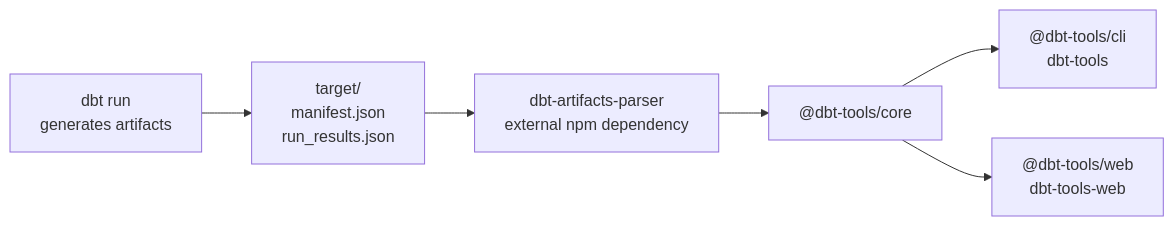
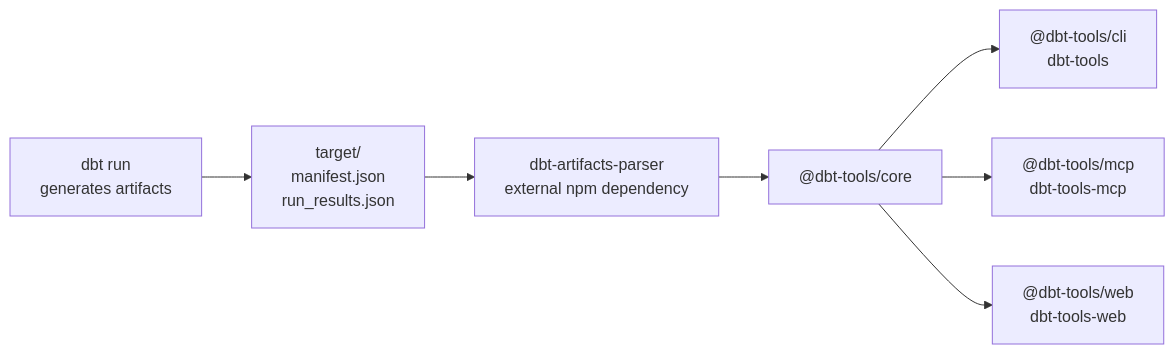
One commit to yu-iskw/dbt-tools-ts changed the diagram in README.md. Above: the diagram before and after it, drawn with Mermaid. The commit also changed other lines of this file and 28 other files, not shown here.

````diff
--- a/README.md
+++ b/README.md
@@ -15,8 +16,9 @@
 ```mermaid
 graph LR
   dbt["dbt run\ngenerates artifacts"] --> artifacts["target/\nmanifest.json\nrun_results.json"]
   artifacts --> parser["dbt-artifacts-parser\nexternal npm dependency"]
   parser --> core["@dbt-tools/core"]
   core --> cli["@dbt-tools/cli\ndbt-tools"]
+  core --> mcp["@dbt-tools/mcp\ndbt-tools-mcp"]
   core --> web["@dbt-tools/web\ndbt-tools-web"]
 ```
````
